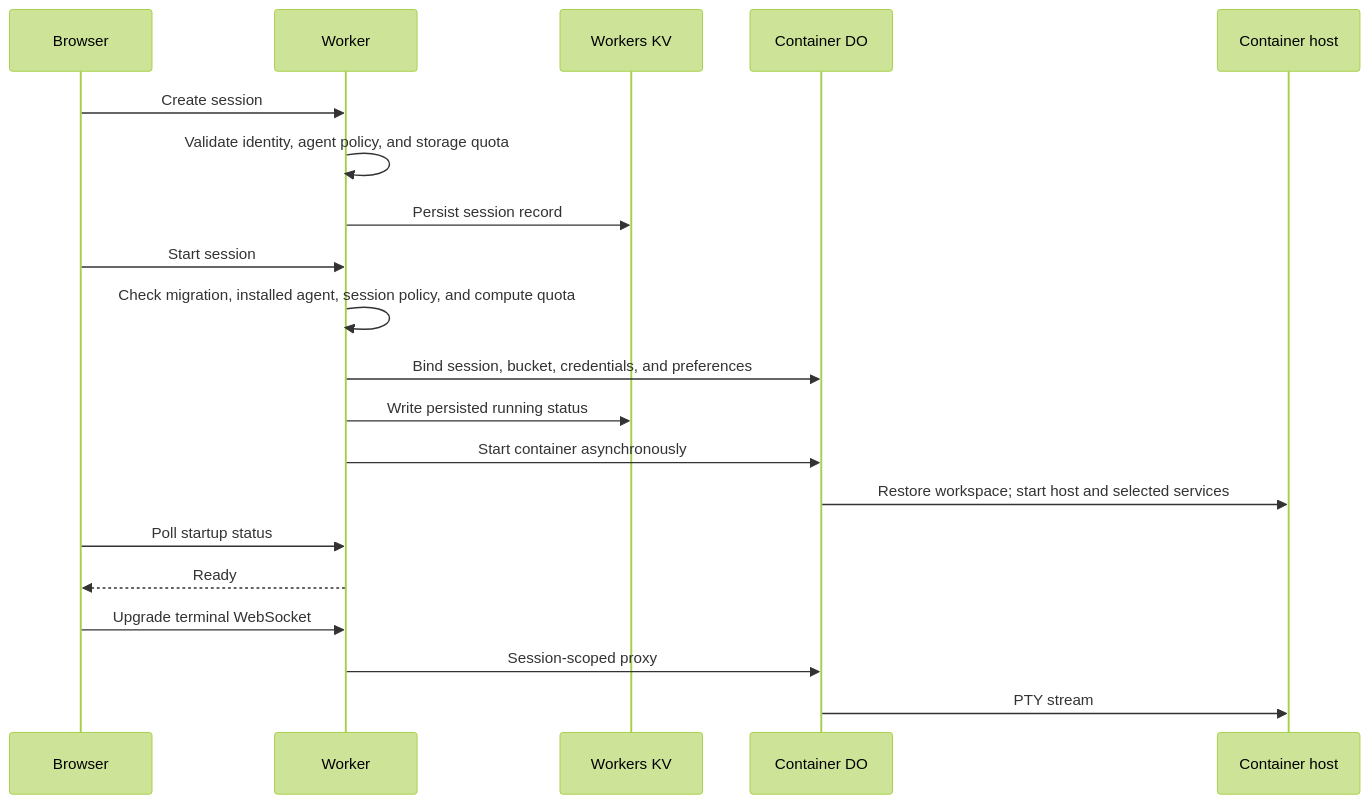
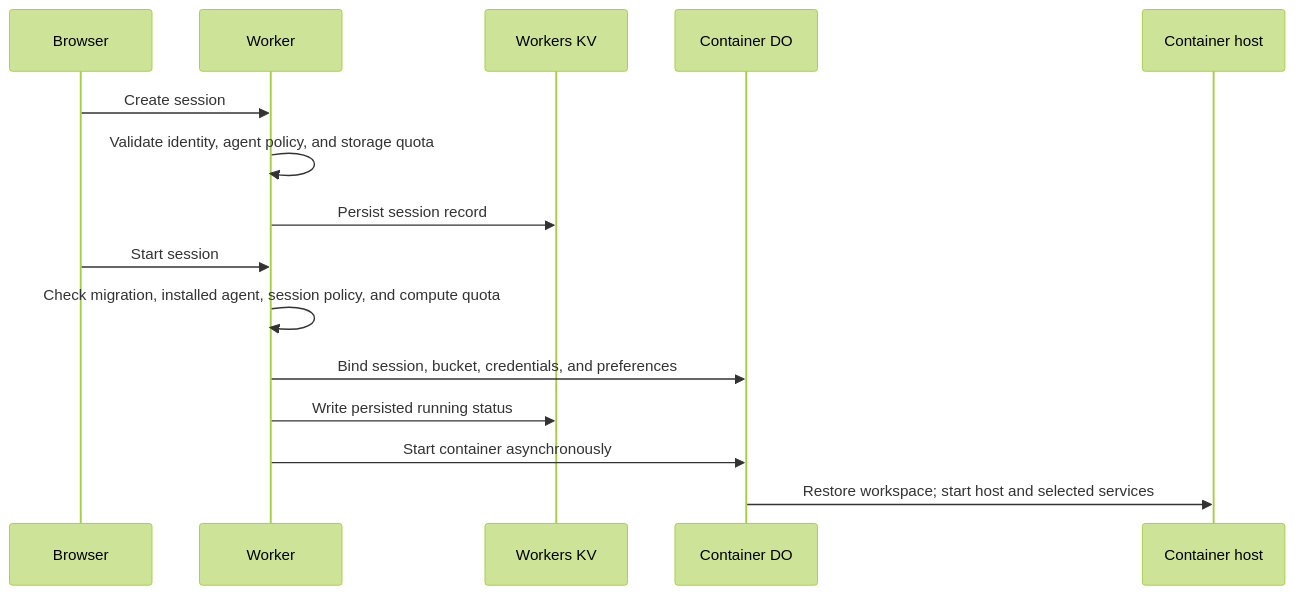
Before and after one commit to nikolanovoselec/codeflare: the second of 10 diagrams in documentation/lanes/architecture.md, drawn with Mermaid (forest theme). The commit also changed other lines of this file and 6 other files, not shown here.

Commit message:
test: cover architecture and session boundaries

````diff
--- a/documentation/lanes/architecture.md
+++ b/documentation/lanes/architecture.md
@@ -407,22 +408,17 @@
 ```mermaid
 sequenceDiagram
     participant U as Browser
     participant W as Worker
     participant KV as Workers KV
     participant DO as Container DO
     participant C as Container host
     U->>W: Create session
     W->>W: Validate identity, agent policy, and storage quota
     W->>KV: Persist session record
     U->>W: Start session
     W->>W: Check migration, installed agent, session policy, and compute quota
     W->>DO: Bind session, bucket, credentials, and preferences
     W->>KV: Write persisted running status
     W->>DO: Start container asynchronously
     DO->>C: Restore workspace#59; start host and selected services
-    U->>W: Poll startup status
-    W-->>U: Ready
-    U->>W: Upgrade terminal WebSocket
-    W->>DO: Session-scoped proxy
-    DO->>C: PTY stream
 ```
````
